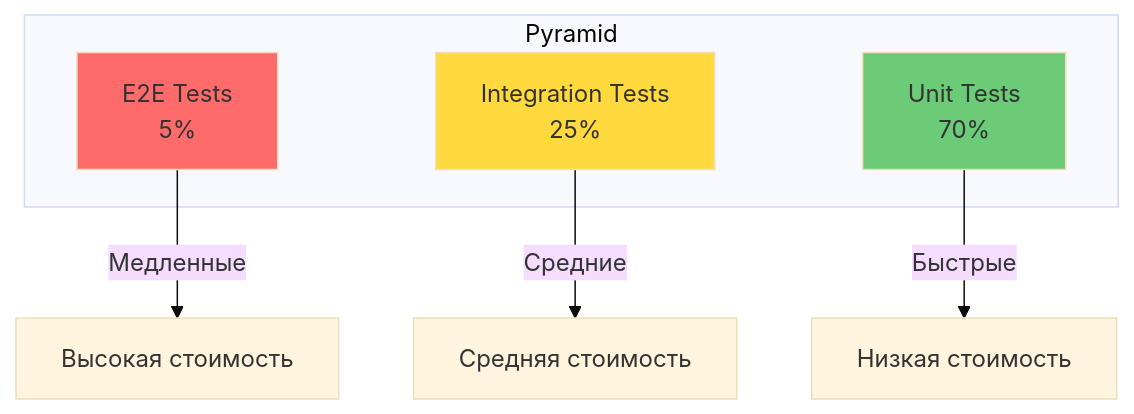
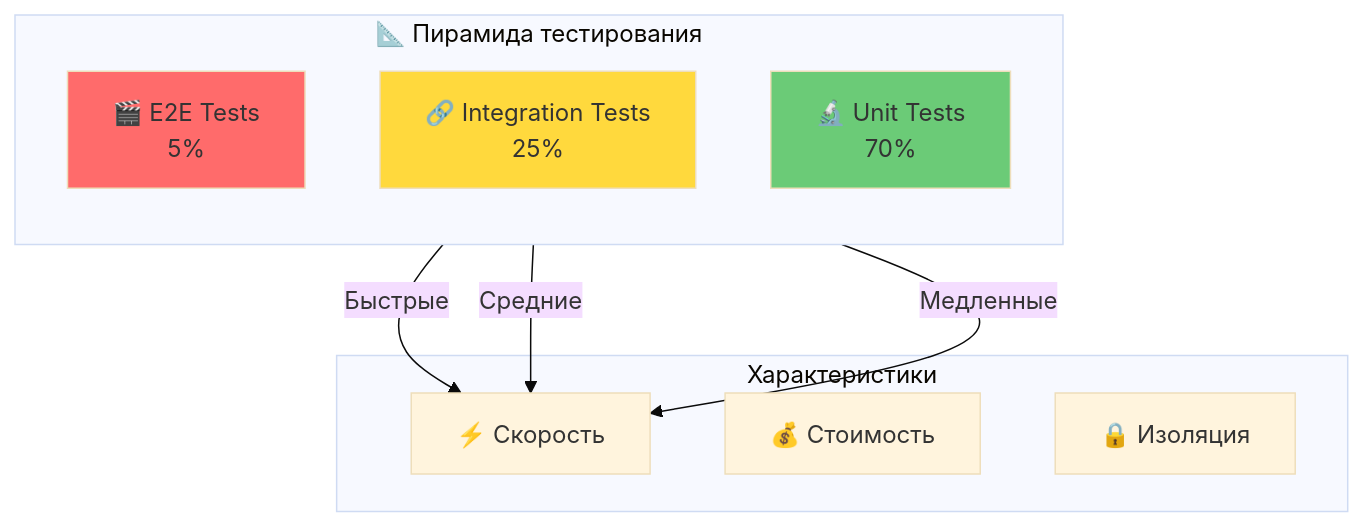
Before and after one commit to Goldie228/GoldPC: the first of 3 diagrams in development-plan/08-testing.md, drawn with Mermaid (base theme). The commit also changed other lines of this file and 10 other files, not shown here.

````diff
--- a/development-plan/08-testing.md
+++ b/development-plan/08-testing.md
@@ -29,16 +38,23 @@
 ```mermaid
 graph TB
-    subgraph Pyramid
-        E2E[E2E Tests<br/>5%]
-        Integration[Integration Tests<br/>25%]
-        Unit[Unit Tests<br/>70%]
+    subgraph TestingPyramid[📐 Пирамида тестирования]
+        direction BT
+        E2E[🎬 E2E Tests<br/>5%]
+        Integration[🔗 Integration Tests<br/>25%]
+        Unit[🔬 Unit Tests<br/>70%]
     end
     
-    E2E --> |Медленные| Cost1[Высокая стоимость]
-    Integration --> |Средние| Cost2[Средняя стоимость]
-    Unit --> |Быстрые| Cost3[Низкая стоимость]
+    subgraph Characteristics[Характеристики]
+        Speed[⚡ Скорость]
+        Cost[💰 Стоимость]
+        Isolation[🔒 Изоляция]
+    end
+    
+    Unit --> |Быстрые| Speed
+    Integration --> |Средние| Speed
+    E2E --> |Медленные| Speed
     
     style E2E fill:#ff6b6b
     style Integration fill:#ffd93d
     style Unit fill:#6bcb77
 ```
````
